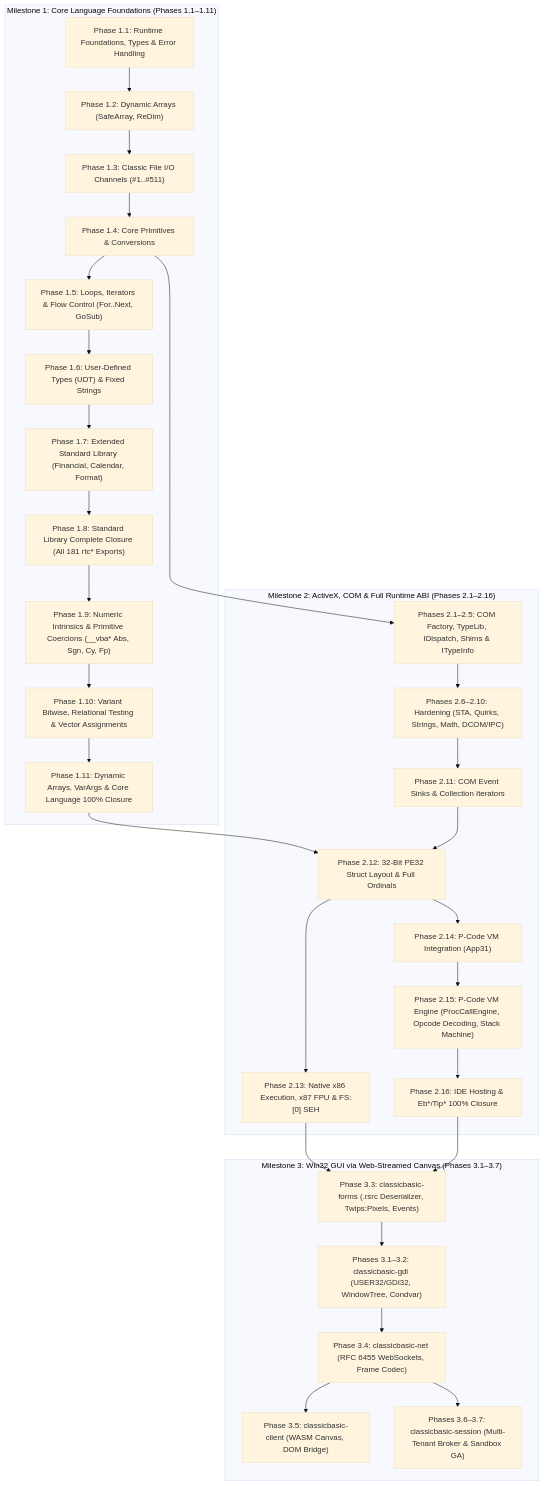
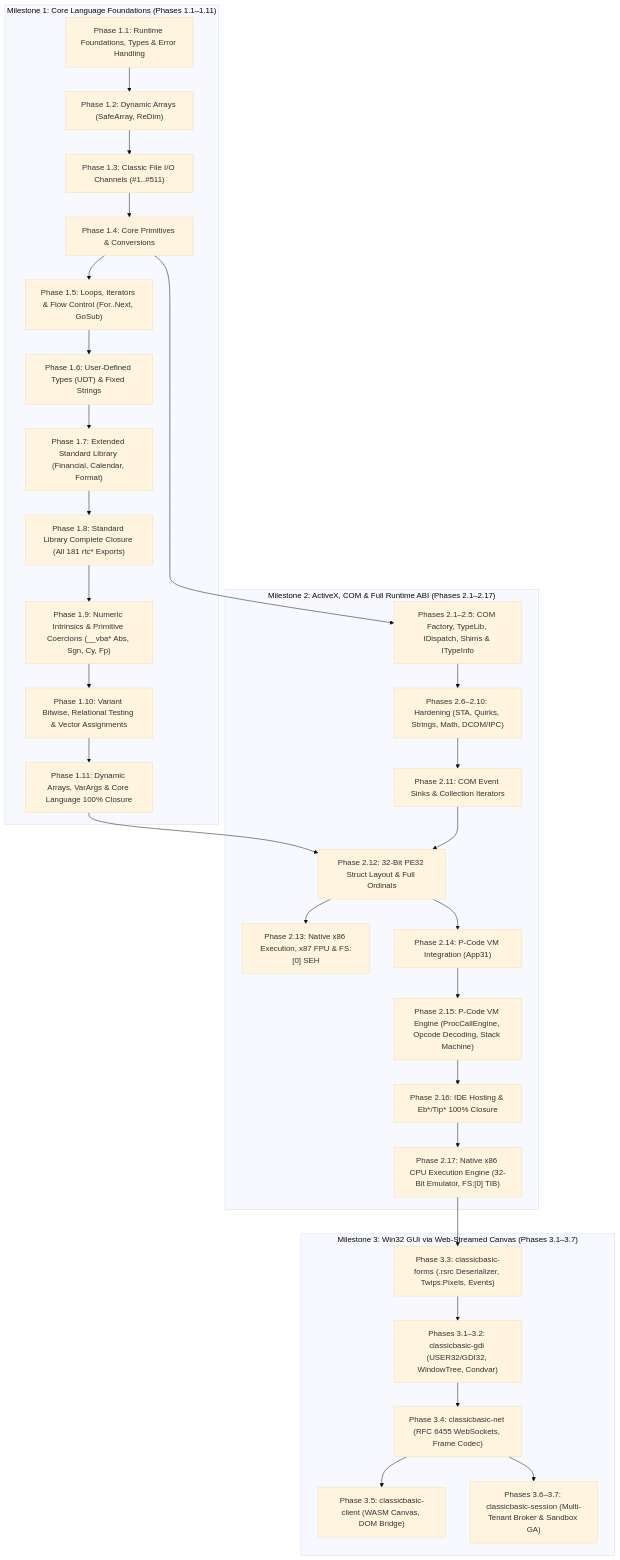
Before and after one commit to victoria-devs/classicbasic: the diagram in ROADMAP.md, drawn with Mermaid (base theme). The commit also changed other lines of this file and 1 other file, not shown here.

Commit message:
docs(roadmap): add Phase 2.17 for 100% Native x86 CPU Execution Engine

````diff
--- a/ROADMAP.md
+++ b/ROADMAP.md
@@ -98,61 +99,62 @@
 ```mermaid
 flowchart TD
     subgraph Milestone1["Milestone 1: Core Language Foundations (Phases 1.1–1.11)"]
         M1_P1["Phase 1.1: Runtime Foundations, Types & Error Handling"]
         M1_P2["Phase 1.2: Dynamic Arrays (SafeArray, ReDim)"]
         M1_P3["Phase 1.3: Classic File I/O Channels (#1..#511)"]
         M1_P4["Phase 1.4: Core Primitives & Conversions"]
         M1_P5["Phase 1.5: Loops, Iterators & Flow Control (For..Next, GoSub)"]
         M1_P6["Phase 1.6: User-Defined Types (UDT) & Fixed Strings"]
         M1_P7["Phase 1.7: Extended Standard Library (Financial, Calendar, Format)"]
         M1_P8["Phase 1.8: Standard Library Complete Closure (All 181 rtc* Exports)"]
         M1_P9["Phase 1.9: Numeric Intrinsics & Primitive Coercions (__vba* Abs, Sgn, Cy, Fp)"]
         M1_P10["Phase 1.10: Variant Bitwise, Relational Testing & Vector Assignments"]
         M1_P11["Phase 1.11: Dynamic Arrays, VarArgs & Core Language 100% Closure"]
     end
 
-    subgraph Milestone2["Milestone 2: ActiveX, COM & Full Runtime ABI (Phases 2.1–2.16)"]
+    subgraph Milestone2["Milestone 2: ActiveX, COM & Full Runtime ABI (Phases 2.1–2.17)"]
         M2_P1["Phases 2.1–2.5: COM Factory, TypeLib, IDispatch, Shims & ITypeInfo"]
         M2_P6["Phases 2.6–2.10: Hardening (STA, Quirks, Strings, Math, DCOM/IPC)"]
         M2_P11["Phase 2.11: COM Event Sinks & Collection Iterators"]
         M2_P12["Phase 2.12: 32-Bit PE32 Struct Layout & Full Ordinals"]
         M2_P13["Phase 2.13: Native x86 Execution, x87 FPU & FS:[0] SEH"]
         M2_P14["Phase 2.14: P-Code VM Integration (App31)"]
         M2_P15["Phase 2.15: P-Code VM Engine (ProcCallEngine, Opcode Decoding, Stack Machine)"]
         M2_P16["Phase 2.16: IDE Hosting & Eb*/Tip* 100% Closure"]
+        M2_P17["Phase 2.17: Native x86 CPU Execution Engine (32-Bit Emulator, FS:[0] TIB)"]
     end
 
     subgraph Milestone3["Milestone 3: Win32 GUI via Web-Streamed Canvas (Phases 3.1–3.7)"]
         M3_GDI["Phases 3.1–3.2: classicbasic-gdi (USER32/GDI32, WindowTree, Condvar)"]
         M3_Forms["Phase 3.3: classicbasic-forms (.rsrc Deserializer, Twips:Pixels, Events)"]
         M3_Net["Phase 3.4: classicbasic-net (RFC 6455 WebSockets, Frame Codec)"]
         M3_Client["Phase 3.5: classicbasic-client (WASM Canvas, DOM Bridge)"]
         M3_Broker["Phases 3.6–3.7: classicbasic-session (Multi-Tenant Broker & Sandbox GA)"]
     end
 
     M1_P1 --> M1_P2
     M1_P2 --> M1_P3
     M1_P3 --> M1_P4
     M1_P4 --> M1_P5
     M1_P5 --> M1_P6
     M1_P6 --> M1_P7
     M1_P7 --> M1_P8
     M1_P8 --> M1_P9
     M1_P9 --> M1_P10
     M1_P10 --> M1_P11
     M1_P4 --> M2_P1
     M2_P1 --> M2_P6
     M2_P6 --> M2_P11
     M1_P11 --> M2_P12
     M2_P11 --> M2_P12
     M2_P12 --> M2_P13
     M2_P12 --> M2_P14
     M2_P14 --> M2_P15
     M2_P15 --> M2_P16
-    M2_P13 --> M3_Forms
-    M2_P16 --> M3_Forms
+    M2_P16 --> M2_P17
+    M2_P17 --> M3_Forms
     M3_Forms --> M3_GDI
     M3_GDI --> M3_Net
     M3_Net --> M3_Client
     M3_Net --> M3_Broker
 ```
````
